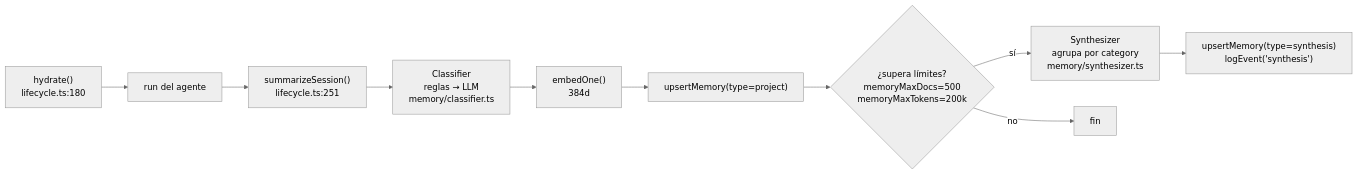
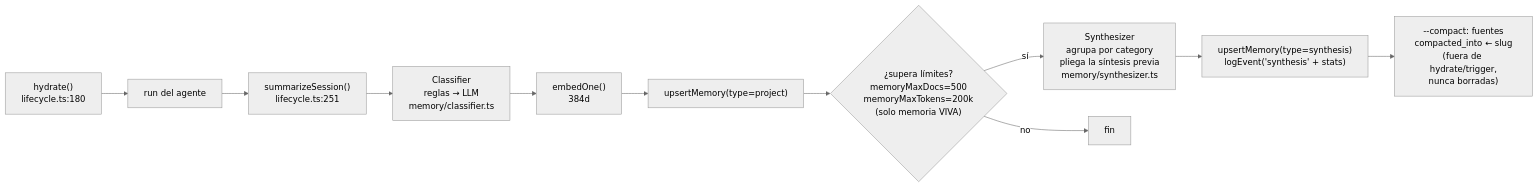
The ninth of 14 diagrams in docs/ARQUITECTURA.md (eversuelo/aitl-harness-mcp), drawn with Mermaid (neutral theme) before and after one commit. The commit also changed other lines of this file and 9 other files, not shown here.

````diff
--- a/docs/ARQUITECTURA.md
+++ b/docs/ARQUITECTURA.md
@@ -428,12 +428,13 @@
 ```mermaid
 flowchart LR
     H["hydrate()<br/>lifecycle.ts:180"] --> RUN["run del agente"]
     RUN --> SUM["summarizeSession()<br/>lifecycle.ts:251"]
     SUM --> CLS["Classifier<br/>reglas → LLM<br/>memory/classifier.ts"]
     CLS --> EMB["embedOne()<br/>384d"]
     EMB --> UP["upsertMemory(type=project)"]
-    UP --> TRIG{"¿supera límites?<br/>memoryMaxDocs=500<br/>memoryMaxTokens=200k"}
-    TRIG -- sí --> SYN["Synthesizer<br/>agrupa por category<br/>memory/synthesizer.ts"]
-    SYN --> UP2["upsertMemory(type=synthesis)<br/>logEvent('synthesis')"]
+    UP --> TRIG{"¿supera límites?<br/>memoryMaxDocs=500<br/>memoryMaxTokens=200k<br/>(solo memoria VIVA)"}
+    TRIG -- sí --> SYN["Synthesizer<br/>agrupa por category<br/>pliega la síntesis previa<br/>memory/synthesizer.ts"]
+    SYN --> UP2["upsertMemory(type=synthesis)<br/>logEvent('synthesis' + stats)"]
+    UP2 --> CMP["--compact: fuentes<br/>compacted_into ← slug<br/>(fuera de hydrate/trigger,<br/>nunca borradas)"]
     TRIG -- no --> END["fin"]
 ```
````
